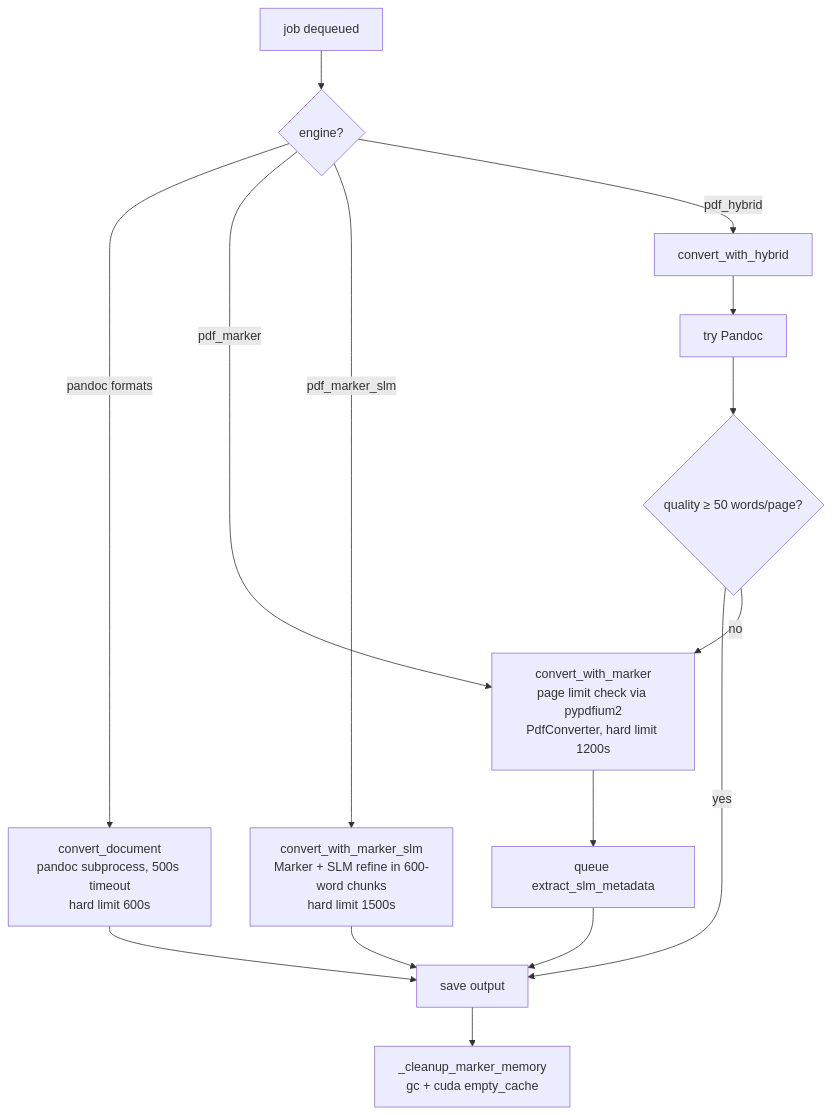
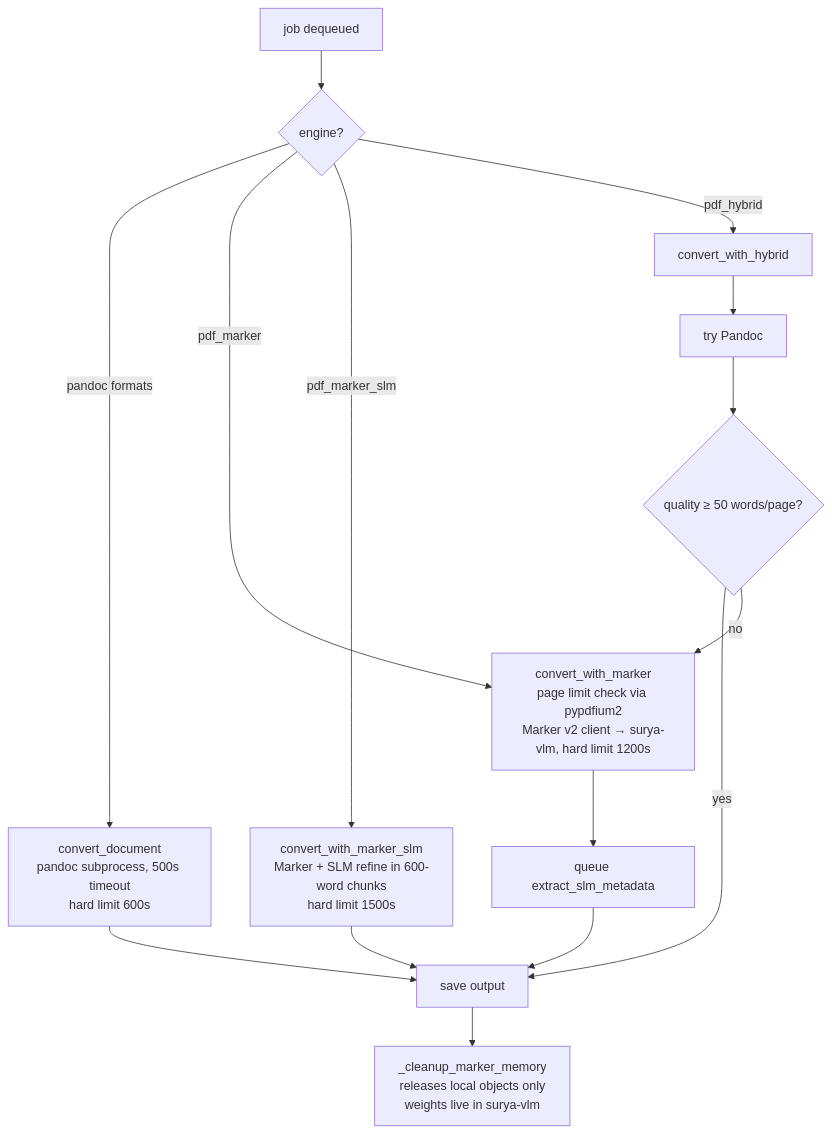
Before and after one commit to aerocristobal/DocuFlux: the fourth of 8 diagrams in docs/ARCHITECTURE.md, drawn with Mermaid. The commit also changed other lines of this file and 6 other files, not shown here.

First line of the commit message:
docs: finish Marker v1→v2 rollout doc updates (CUDA, thin-client, surya-vlm) (#151)

````diff
--- a/docs/ARCHITECTURE.md
+++ b/docs/ARCHITECTURE.md
@@ -143,17 +146,17 @@
 ```mermaid
 flowchart TB
     REQ[job dequeued] --> Q{engine?}
     Q -->|pandoc formats| P[convert_document<br/>pandoc subprocess, 500s timeout<br/>hard limit 600s]
-    Q -->|pdf_marker| M[convert_with_marker<br/>page limit check via pypdfium2<br/>PdfConverter, hard limit 1200s]
+    Q -->|pdf_marker| M[convert_with_marker<br/>page limit check via pypdfium2<br/>Marker v2 client → surya-vlm, hard limit 1200s]
     Q -->|pdf_marker_slm| MS[convert_with_marker_slm<br/>Marker + SLM refine in 600-word chunks<br/>hard limit 1500s]
     Q -->|pdf_hybrid| H[convert_with_hybrid]
     H --> HP[try Pandoc]
     HP --> QC{quality ≥ 50 words/page?}
     QC -->|yes| DONE[save output]
     QC -->|no| M
     M --> SLMQ[queue extract_slm_metadata]
     MS --> DONE
     P --> DONE
     SLMQ --> DONE
-    DONE --> CLN[_cleanup_marker_memory<br/>gc + cuda empty_cache]
+    DONE --> CLN[_cleanup_marker_memory<br/>releases local objects only<br/>weights live in surya-vlm]
 ```
````
